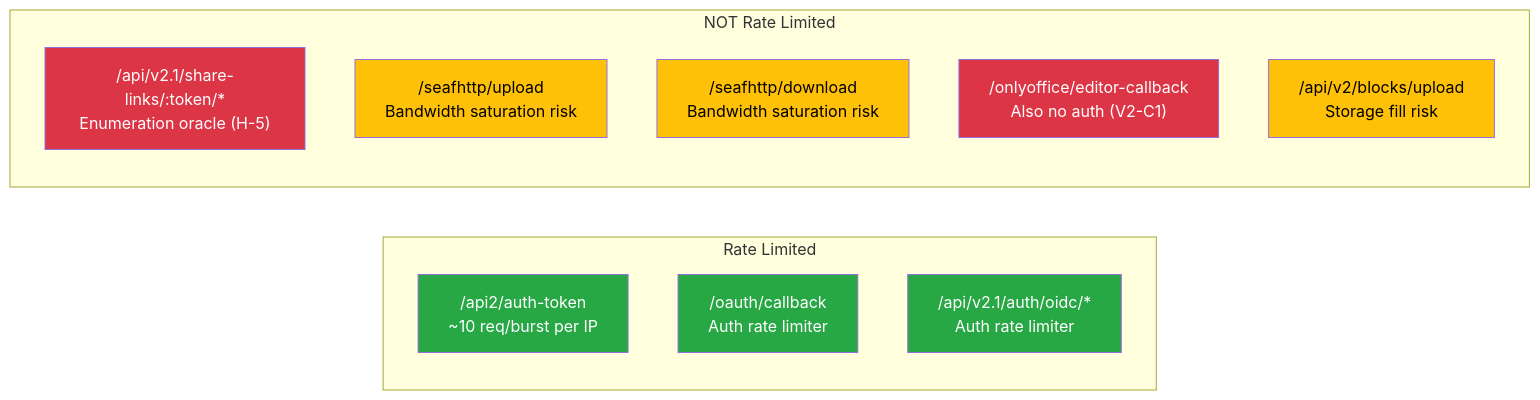
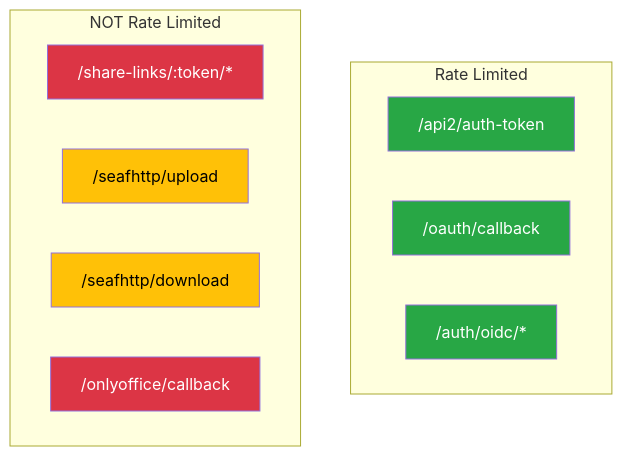
Before and after one commit to Sesame-Disk/cool-storage-api: the fifth of 5 diagrams in docs/diagrams/auth-layer.md, drawn with Mermaid. The commit also changed other lines of this file and 5 other files, not shown here.

Commit message:
Fix: mermaid diagram generator visibility. Adding diagrams and reviewing previous review fixes

````diff
--- a/docs/diagrams/auth-layer.md
+++ b/docs/diagrams/auth-layer.md
@@ -85,25 +97,25 @@
 ```mermaid
-flowchart LR
-    subgraph RateLimited["Rate Limited"]
-        RL1["/api2/auth-token<br/>~10 req/burst per IP"]
-        RL2["/oauth/callback<br/>Auth rate limiter"]
-        RL3["/api/v2.1/auth/oidc/*<br/>Auth rate limiter"]
+flowchart TD
+    subgraph Protected["Rate Limited"]
+        direction LR
+        A1["/api2/auth-token"]
+        A2["/oauth/callback"]
+        A3["/auth/oidc/*"]
     end
 
-    subgraph NotRateLimited["NOT Rate Limited"]
-        NRL1["/api/v2.1/share-links/:token/*<br/>Enumeration oracle (H-5)"]
-        NRL2["/seafhttp/upload<br/>Bandwidth saturation risk"]
-        NRL3["/seafhttp/download<br/>Bandwidth saturation risk"]
-        NRL4["/onlyoffice/editor-callback<br/>Also no auth (V2-C1)"]
-        NRL5["/api/v2/blocks/upload<br/>Storage fill risk"]
+    subgraph Unprotected["NOT Rate Limited"]
+        direction LR
+        B1["/share-links/:token/*"]
+        B2["/seafhttp/upload"]
+        B3["/seafhttp/download"]
+        B4["/onlyoffice/callback"]
     end
 
-    style RL1 fill:#28a745,color:#fff
-    style RL2 fill:#28a745,color:#fff
-    style RL3 fill:#28a745,color:#fff
-    style NRL1 fill:#dc3545,color:#fff
-    style NRL2 fill:#ffc107,color:#000
-    style NRL3 fill:#ffc107,color:#000
-    style NRL4 fill:#dc3545,color:#fff
-    style NRL5 fill:#ffc107,color:#000
+    style A1 fill:#28a745,color:#fff
+    style A2 fill:#28a745,color:#fff
+    style A3 fill:#28a745,color:#fff
+    style B1 fill:#dc3545,color:#fff
+    style B2 fill:#ffc107,color:#000
+    style B3 fill:#ffc107,color:#000
+    style B4 fill:#dc3545,color:#fff
 ```
````
